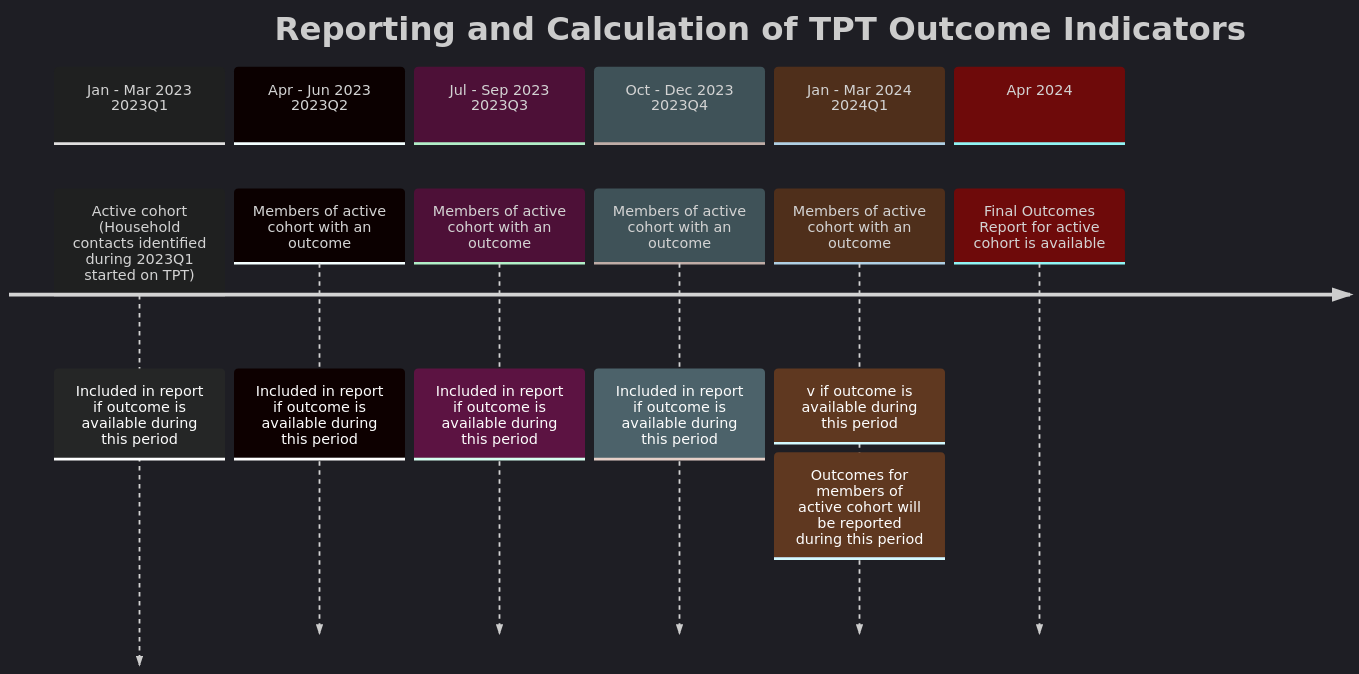
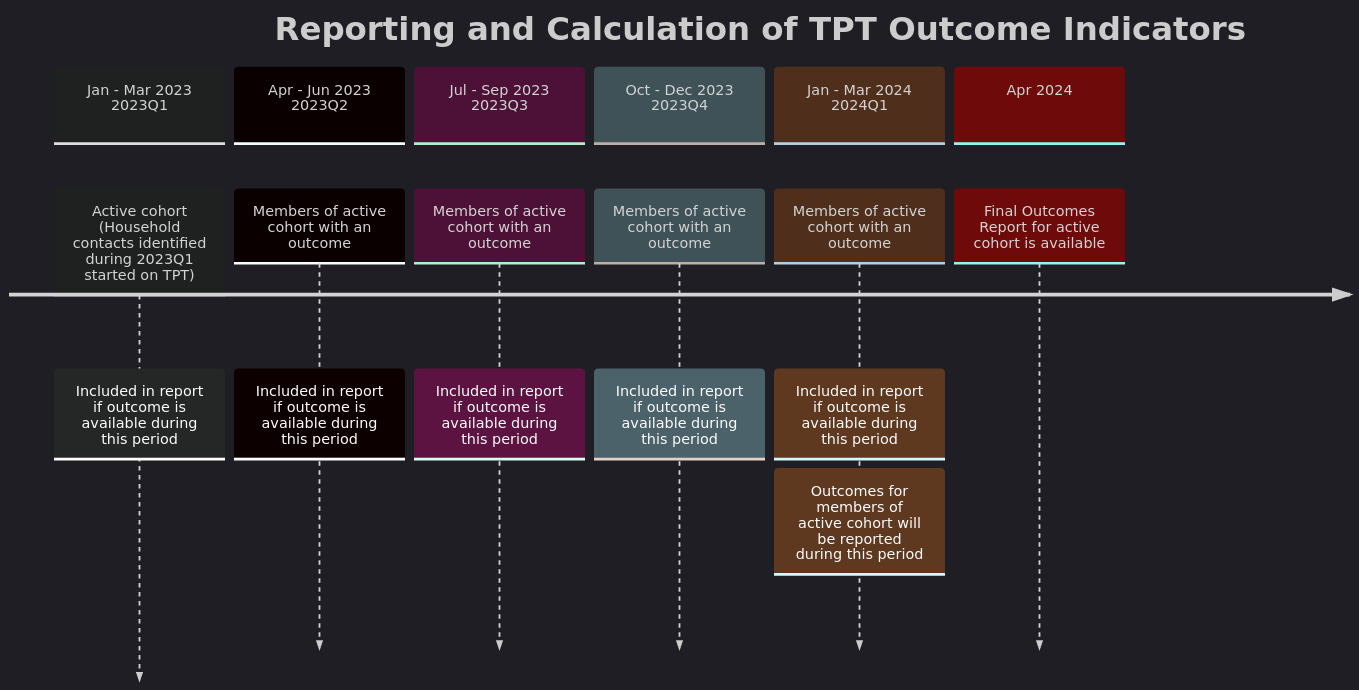
Before and after one commit to dhis2-metadata/TB_HH: the diagram in docs/tb_hh-design.md, drawn with Mermaid.

````diff
--- a/docs/tb_hh-design.md
+++ b/docs/tb_hh-design.md
@@ -10,19 +10,19 @@
  ```mermaid
 
 %%{init: {'mirrorActors': false, 'theme': 'dark' } }%%
 timeline
     title Reporting and Calculation of TPT Outcome Indicators
     section Jan - Mar 2023 <br> 2023Q1
       Active cohort (Household contacts identified during 2023Q1 started on TPT): Included in report if outcome is available during this period
     section Apr - Jun 2023 <br> 2023Q2
       Members of active cohort with an outcome: Included in report if outcome is available during this period
     section Jul - Sep 2023 <br> 2023Q3
       Members of active cohort with an outcome: Included in report if outcome is available during this period
     section Oct - Dec 2023 <br> 2023Q4
       Members of active cohort with an outcome: Included in report if outcome is available during this period
     section Jan - Mar 2024 <br> 2024Q1
-      Members of active cohort with an outcome: v if outcome is available during this period: Outcomes for members of active cohort will be reported during this period
+      Members of active cohort with an outcome: Included in report if outcome is available during this period: Outcomes for members of active cohort will be reported during this period
     section Apr 2024
       Final Outcomes Report for active cohort is available
 
 ```
````
